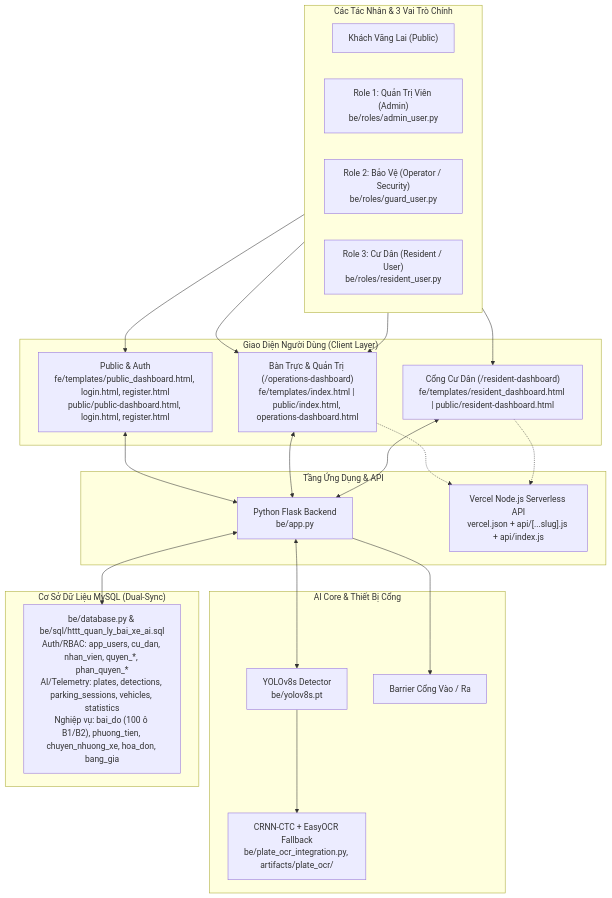
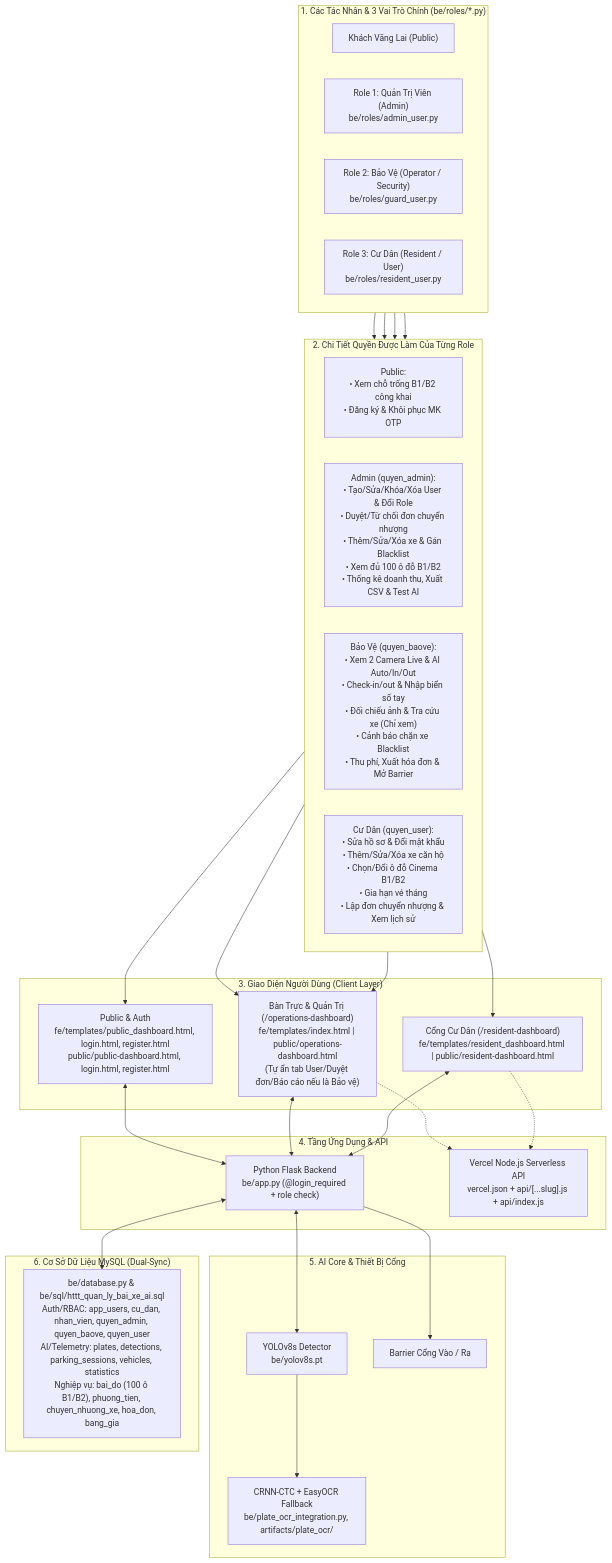
The diagram in ongthanquoctruong_24CT2_cnpm/README.md (Truong027/CNPM24), drawn with Mermaid before and after one commit. The commit also changed other lines of this file and 1 other file, not shown here.

Commit message:
docs: detail explicit RBAC permissions for all 3 roles and GitDiagram instructions

````diff
--- a/ongthanquoctruong_24CT2_cnpm/README.md
+++ b/ongthanquoctruong_24CT2_cnpm/README.md
@@ -14,46 +14,54 @@
 ```mermaid
 flowchart TB
-    subgraph Users["Các Tác Nhân & 3 Vai Trò Chính"]
+    subgraph Users["1. Các Tác Nhân & 3 Vai Trò Chính (be/roles/*.py)"]
         direction LR
         Public["Khách Vãng Lai (Public)"]
         Admin["Role 1: Quản Trị Viên (Admin)<br/>be/roles/admin_user.py"]
         Guard["Role 2: Bảo Vệ (Operator / Security)<br/>be/roles/guard_user.py"]
         Resident["Role 3: Cư Dân (Resident / User)<br/>be/roles/resident_user.py"]
     end
 
-    subgraph Frontend["Giao Diện Người Dùng (Client Layer)"]
+    subgraph Perms["2. Chi Tiết Quyền Được Làm Của Từng Role"]
+        direction LR
+        P_Pub["Public:<br/>• Xem chỗ trống B1/B2 công khai<br/>• Đăng ký & Khôi phục MK OTP"]
+        P_Adm["Admin (quyen_admin):<br/>• Tạo/Sửa/Khóa/Xóa User & Đổi Role<br/>• Duyệt/Từ chối đơn chuyển nhượng<br/>• Thêm/Sửa/Xóa xe & Gán Blacklist<br/>• Xem đủ 100 ô đỗ B1/B2<br/>• Thống kê doanh thu, Xuất CSV & Test AI"]
+        P_Grd["Bảo Vệ (quyen_baove):<br/>• Xem 2 Camera Live & AI Auto/In/Out<br/>• Check-in/out & Nhập biển số tay<br/>• Đối chiếu ảnh & Tra cứu xe (Chỉ xem)<br/>• Cảnh báo chặn xe Blacklist<br/>• Thu phí, Xuất hóa đơn & Mở Barrier"]
+        P_Res["Cư Dân (quyen_user):<br/>• Sửa hồ sơ & Đổi mật khẩu<br/>• Thêm/Sửa/Xóa xe căn hộ<br/>• Chọn/Đổi ô đỗ Cinema B1/B2<br/>• Gia hạn vé tháng<br/>• Lập đơn chuyển nhượng & Xem lịch sử"]
+    end
+
+    subgraph Frontend["3. Giao Diện Người Dùng (Client Layer)"]
         FE_Public["Public & Auth<br/>fe/templates/public_dashboard.html, login.html, register.html<br/>public/public-dashboard.html, login.html, register.html"]
-        FE_Ops["Bàn Trực & Quản Trị (/operations-dashboard)<br/>fe/templates/index.html | public/index.html, operations-dashboard.html"]
+        FE_Ops["Bàn Trực & Quản Trị (/operations-dashboard)<br/>fe/templates/index.html | public/operations-dashboard.html<br/>(Tự ẩn tab User/Duyệt đơn/Báo cáo nếu là Bảo vệ)"]
         FE_Res["Cổng Cư Dân (/resident-dashboard)<br/>fe/templates/resident_dashboard.html | public/resident-dashboard.html"]
     end
 
-    subgraph Backend["Tầng Ứng Dụng & API"]
-        Flask["Python Flask Backend<br/>be/app.py"]
+    subgraph Backend["4. Tầng Ứng Dụng & API"]
+        Flask["Python Flask Backend<br/>be/app.py (@login_required + role check)"]
         Vercel["Vercel Node.js Serverless API<br/>vercel.json + api/[...slug].js + api/index.js"]
     end
 
-    subgraph AI["AI Core & Thiết Bị Cổng"]
+    subgraph AI["5. AI Core & Thiết Bị Cổng"]
         YOLO["YOLOv8s Detector<br/>be/yolov8s.pt"]
         OCR["CRNN-CTC + EasyOCR Fallback<br/>be/plate_ocr_integration.py, artifacts/plate_ocr/"]
         Barrier["Barrier Cổng Vào / Ra"]
     end
 
-    subgraph DB["Cơ Sở Dữ Liệu MySQL (Dual-Sync)"]
-        DBCore["be/database.py & be/sql/httt_quan_ly_bai_xe_ai.sql<br/>Auth/RBAC: app_users, cu_dan, nhan_vien, quyen_*, phan_quyen_*<br/>AI/Telemetry: plates, detections, parking_sessions, vehicles, statistics<br/>Nghiệp vụ: bai_do (100 ô B1/B2), phuong_tien, chuyen_nhuong_xe, hoa_don, bang_gia"]
+    subgraph DB["6. Cơ Sở Dữ Liệu MySQL (Dual-Sync)"]
+        DBCore["be/database.py & be/sql/httt_quan_ly_bai_xe_ai.sql<br/>Auth/RBAC: app_users, cu_dan, nhan_vien, quyen_admin, quyen_baove, quyen_user<br/>AI/Telemetry: plates, detections, parking_sessions, vehicles, statistics<br/>Nghiệp vụ: bai_do (100 ô B1/B2), phuong_tien, chuyen_nhuong_xe, hoa_don, bang_gia"]
     end
 
-    Public --> FE_Public
-    Admin --> FE_Ops
-    Guard --> FE_Ops
-    Resident --> FE_Res
+    Public --> P_Pub --> FE_Public
+    Admin --> P_Adm --> FE_Ops
+    Guard --> P_Grd --> FE_Ops
+    Resident --> P_Res --> FE_Res
 
     FE_Public <--> Flask
     FE_Ops <--> Flask
     FE_Res <--> Flask
     FE_Ops -.-> Vercel
     FE_Res -.-> Vercel
 
     Flask <--> YOLO --> OCR
     Flask --> Barrier
     Flask <--> DBCore
 ```
````
